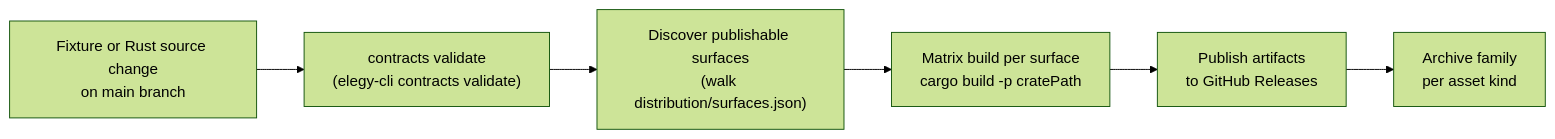
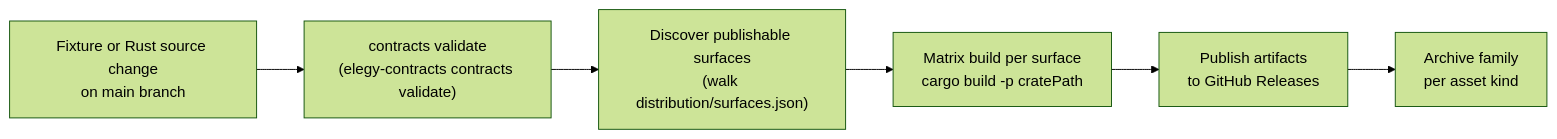
One commit to Sofreshx/Elegy changed the third of 3 diagrams in docs/architecture/rust-consolidation.md. Above: the diagram before and after it, drawn with Mermaid (forest theme). The commit also changed other lines of this file and 64 other files, not shown here.

````diff
--- a/docs/architecture/rust-consolidation.md
+++ b/docs/architecture/rust-consolidation.md
@@ -216,8 +206,8 @@
 ```mermaid
 flowchart LR
-    trigger["Fixture or Rust source change\non main branch"] --> validate["contracts validate\n(elegy-cli contracts validate)"]
+    trigger["Fixture or Rust source change\non main branch"] --> validate["contracts validate\n(elegy-contracts contracts validate)"]
     validate --> discover["Discover publishable surfaces\n(walk distribution/surfaces.json)"]
     discover --> matrix["Matrix build per surface\n cargo build -p cratePath"]
     matrix --> publish["Publish artifacts\nto GitHub Releases"]
     publish --> archive["Archive family\nper asset kind"]
 ```
````
